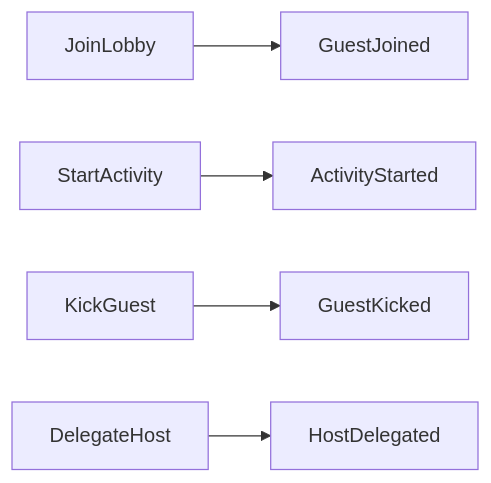
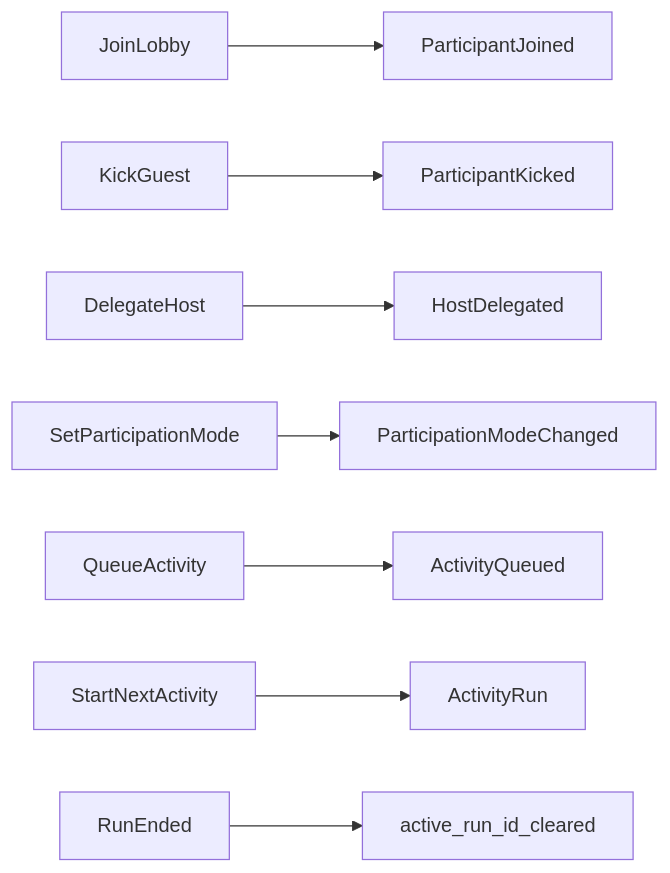
Before and after one commit to konnektoren/konnekt-session: the second of 2 diagrams in konnekt-session-workspace/domain/lobby.md, drawn with Mermaid. The commit also changed other lines of this file and 10 other files, not shown here.

````diff
--- a/konnekt-session-workspace/domain/lobby.md
+++ b/konnekt-session-workspace/domain/lobby.md
@@ -28,7 +40,10 @@
 ```mermaid
 flowchart LR
-    JoinLobby --> GuestJoined
-    StartActivity --> ActivityStarted
-    KickGuest --> GuestKicked
+    JoinLobby --> ParticipantJoined
+    KickGuest --> ParticipantKicked
     DelegateHost --> HostDelegated
+    SetParticipationMode --> ParticipationModeChanged
+    QueueActivity --> ActivityQueued
+    StartNextActivity --> ActivityRun
+    RunEnded --> active_run_id_cleared
 ```
````
